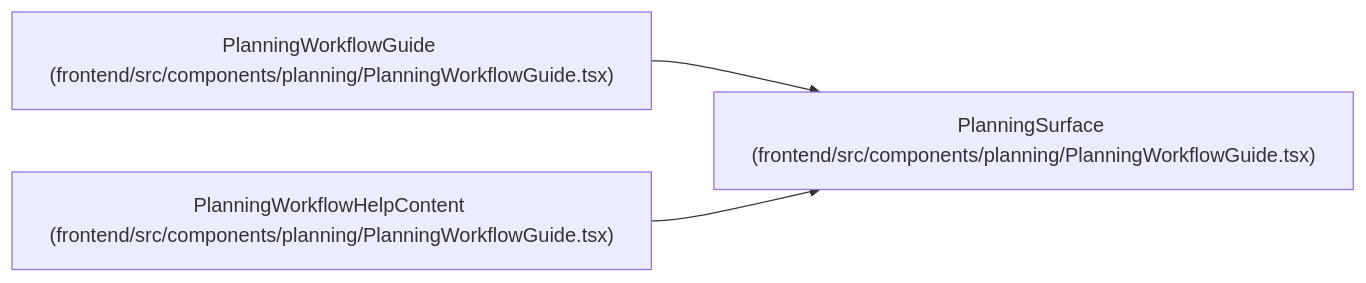
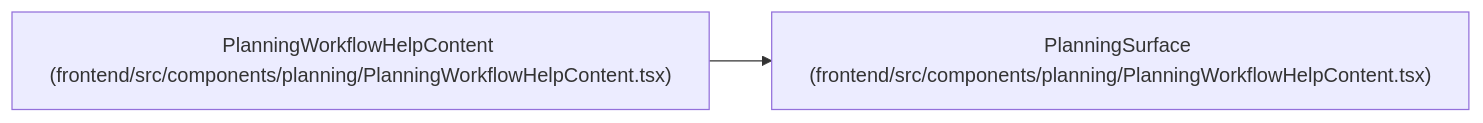
The diagram in docs/llm_wiki/entities/PlanningSurface.md (Denissvgn/WorkChord), drawn with Mermaid before and after one commit. The commit also changed other lines of this file and 2373 other files, not shown here.

````diff
--- a/docs/llm_wiki/entities/PlanningSurface.md
+++ b/docs/llm_wiki/entities/PlanningSurface.md
@@ -28,11 +28,8 @@
 ```mermaid
 flowchart LR
-    n0["PlanningSurface (frontend/src/components/planning/PlanningWorkflowGuide.tsx)"]
-    n1["PlanningWorkflowGuide (frontend/src/components/planning/PlanningWorkflowGuide.tsx)"]
-    n2["PlanningWorkflowHelpContent (frontend/src/components/planning/PlanningWorkflowGuide.tsx)"]
+    n0["PlanningSurface (frontend/src/components/planning/PlanningWorkflowHelpContent.tsx)"]
+    n1["PlanningWorkflowHelpContent (frontend/src/components/planning/PlanningWorkflowHelpContent.tsx)"]
     n1 --> n0
-    n2 --> n0
-    click n0 "../modules/PlanningWorkflowGuide.md"
-    click n1 "../modules/PlanningWorkflowGuide.md"
-    click n2 "../modules/PlanningWorkflowGuide.md"
+    click n0 "../modules/PlanningWorkflowHelpContent.md"
+    click n1 "../modules/PlanningWorkflowHelpContent.md"
 ```
````
